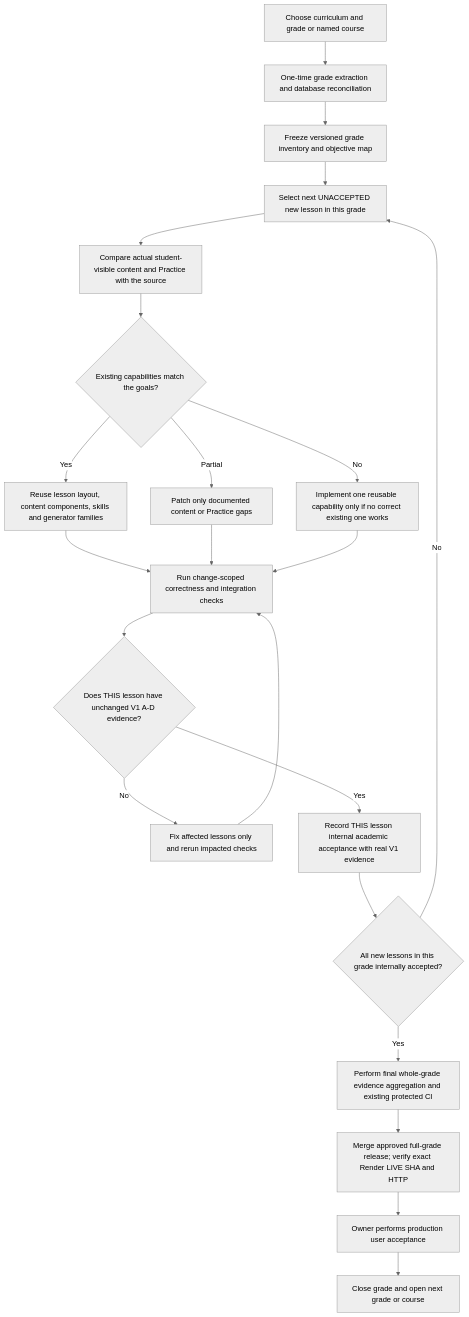
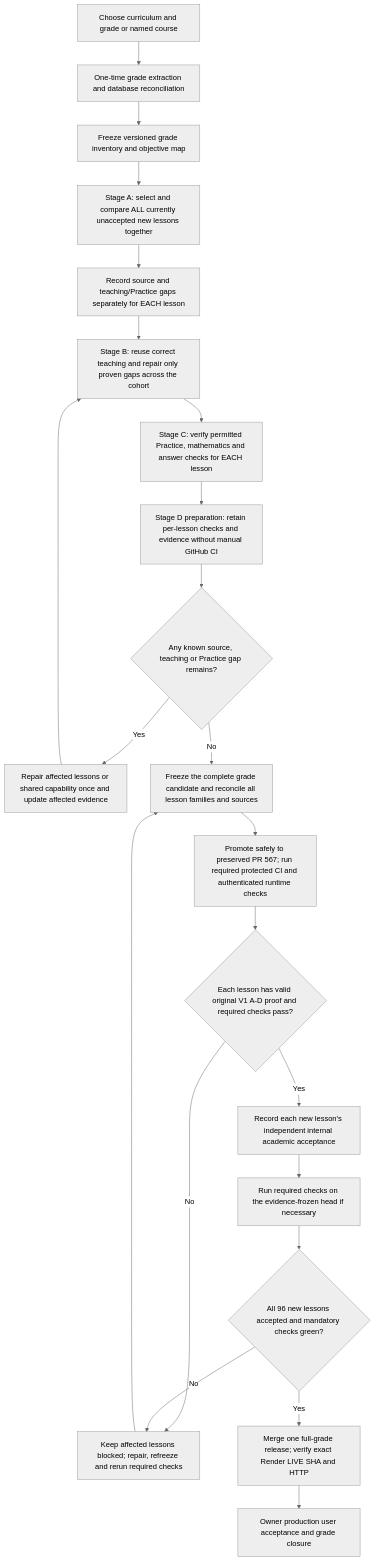
One commit to EIAS79/Edulytics changed the diagram in docs/curriculum/plans/EDULYTICS_GRADE_FIRST_FULL_GRADE_EXECUTION_PLAN_V2.md. Above: the diagram before and after it, drawn with Mermaid (neutral theme). The commit also changed other lines of this file, not shown here.

Commit message:
docs(curriculum): align full-grade Stage A with V1 cohort-wide selection

````diff
--- a/docs/curriculum/plans/EDULYTICS_GRADE_FIRST_FULL_GRADE_EXECUTION_PLAN_V2.md
+++ b/docs/curriculum/plans/EDULYTICS_GRADE_FIRST_FULL_GRADE_EXECUTION_PLAN_V2.md
@@ -77,24 +77,24 @@
 ```mermaid
 flowchart TD
     A[Choose curriculum and grade or named course] --> B[One-time grade extraction and database reconciliation]
     B --> C[Freeze versioned grade inventory and objective map]
-    C --> D[Select next UNACCEPTED new lesson in this grade]
-    D --> E[Compare actual student-visible content and Practice with the source]
-    E --> F{Existing capabilities match the goals?}
-    F -->|Yes| G[Reuse lesson layout, content components, skills and generator families]
-    F -->|Partial| H[Patch only documented content or Practice gaps]
-    F -->|No| I[Implement one reusable capability only if no correct existing one works]
-    G --> J[Run change-scoped correctness and integration checks]
-    H --> J
-    I --> J
-    J --> K{Does THIS lesson have unchanged V1 A-D evidence?}
-    K -->|No| L[Fix affected lessons only and rerun impacted checks]
-    L --> J
-    K -->|Yes| M[Record THIS lesson internal academic acceptance with real V1 evidence]
-    M --> Q{All new lessons in this grade internally accepted?}
-    Q -->|No| D
-    Q -->|Yes| N[Perform final whole-grade evidence aggregation and existing protected CI]
-    N --> O[Merge approved full-grade release; verify exact Render LIVE SHA and HTTP]
-    O --> P[Owner performs production user acceptance]
-    P --> R[Close grade and open next grade or course]
+    C --> D[Stage A: select and compare ALL currently unaccepted new lessons together]
+    D --> E[Record source and teaching/Practice gaps separately for EACH lesson]
+    E --> F[Stage B: reuse correct teaching and repair only proven gaps across the cohort]
+    F --> G[Stage C: verify permitted Practice, mathematics and answer checks for EACH lesson]
+    G --> H[Stage D preparation: retain per-lesson checks and evidence without manual GitHub CI]
+    H --> I{Any known source, teaching or Practice gap remains?}
+    I -->|Yes| J[Repair affected lessons or shared capability once and update affected evidence]
+    J --> F
+    I -->|No| K[Freeze the complete grade candidate and reconcile all lesson families and sources]
+    K --> L[Promote safely to preserved PR 567; run required protected CI and authenticated runtime checks]
+    L --> M{Each lesson has valid original V1 A-D proof and required checks pass?}
+    M -->|No| N[Keep affected lessons blocked; repair, refreeze and rerun required checks]
+    N --> K
+    M -->|Yes| O[Record each new lesson's independent internal academic acceptance]
+    O --> P[Run required checks on the evidence-frozen head if necessary]
+    P --> Q{All 96 new lessons accepted and mandatory checks green?}
+    Q -->|No| N
+    Q -->|Yes| R[Merge one full-grade release; verify exact Render LIVE SHA and HTTP]
+    R --> S[Owner production user acceptance and grade closure]
 ```
````
